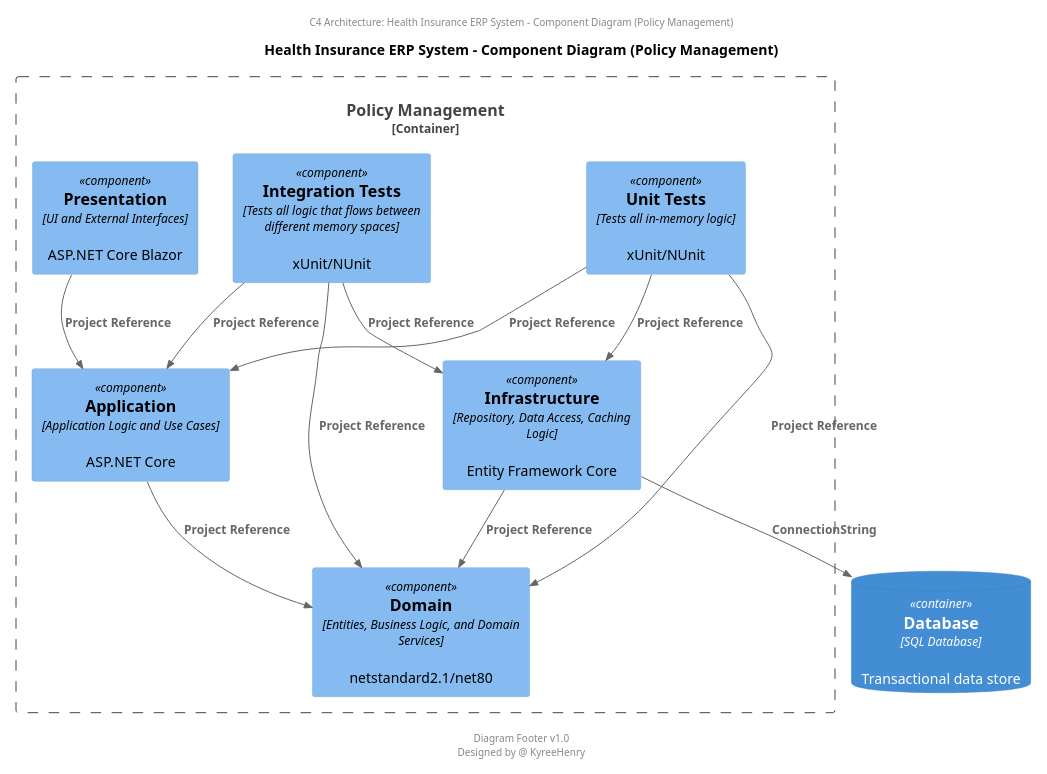
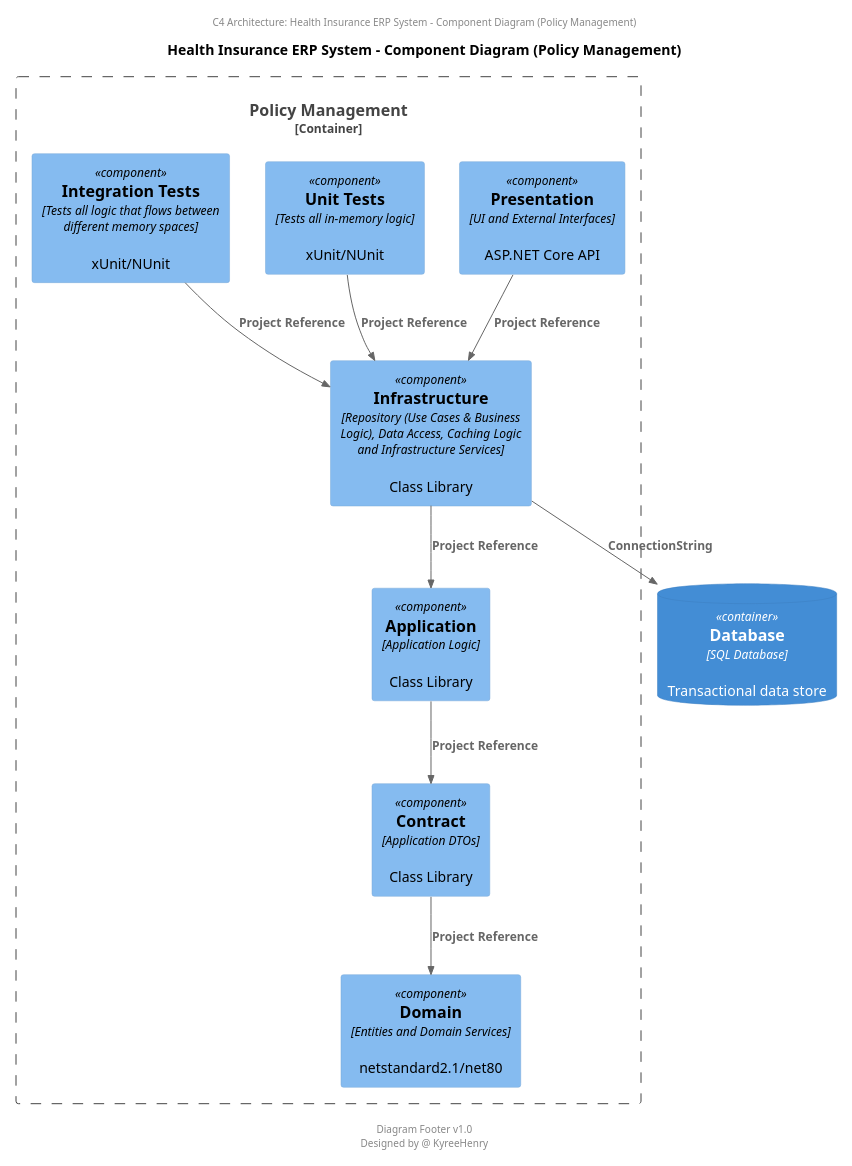
Before and after one commit to kyree-henry/HealthInsurePro: the diagram in arch/component-diagram.puml, drawn with PlantUML. The commit also changed 1 other file, not shown here.

Commit message:
Commit 005 * Added C4 Architecture Code Diagram * Modified C4 Architecture Component Diagram

```diff
--- a/arch/component-diagram.puml
+++ b/arch/component-diagram.puml
@@ -1,42 +1,40 @@
 @startuml HealthInsuranceERP - Component Diagram - Policy Management
 
 scale 2/3
 
 center header
     C4 Architecture: Health Insurance ERP System - Component Diagram (Policy Management)
 endheader
 
 title Health Insurance ERP System - Component Diagram (Policy Management)
 
 !includeurl https://raw.githubusercontent.com/RicardoNiepel/C4-PlantUML/master/C4_Component.puml
 
 ContainerDb(database, "Database", "SQL Database", "Transactional data store")
 
 Container_Boundary(policymanagement, "Policy Management") {
-    Component(domain, "Domain", "Entities, Business Logic, and Domain Services", "netstandard2.1/net80")
-    Component(infrastructure, "Infrastructure", "Repository, Data Access, Caching Logic", "Entity Framework Core")
-    Component(application, "Application", "Application Logic and Use Cases", "ASP.NET Core")
-    Component(presentation, "Presentation", "UI and External Interfaces", "ASP.NET Core Blazor")
+    Component(domain, "Domain", "Entities and Domain Services", "netstandard2.1/net80")
+    Component(contract, "Contract", "Application DTOs", "Class Library")
+    Component(infrastructure, "Infrastructure", "Repository (Use Cases & Business Logic), Data Access, Caching Logic and Infrastructure Services", "Class Library")
+    Component(application, "Application", "Application Logic", "Class Library")
+    Component(presentation, "Presentation", "UI and External Interfaces", "ASP.NET Core API")
 
     Component(unitTests, "Unit Tests", "Tests all in-memory logic", "xUnit/NUnit")
     Component(integrationTests, "Integration Tests", "Tests all logic that flows between different memory spaces", "xUnit/NUnit")
 }
 
-Rel(infrastructure, domain, "Project Reference")
-Rel(application, domain, "Project Reference")
-Rel(presentation, application, "Project Reference")
-Rel(unitTests, domain, "Project Reference")
+Rel(infrastructure, application, "Project Reference")
+Rel(application, contract, "Project Reference")
+Rel(contract, domain, "Project Reference")
+Rel(presentation, infrastructure, "Project Reference")
 Rel(unitTests, infrastructure, "Project Reference")
-Rel(unitTests, application, "Project Reference")
-Rel(integrationTests, domain, "Project Reference")
 Rel(integrationTests, infrastructure, "Project Reference")
-Rel(integrationTests, application, "Project Reference")
 
 Rel(infrastructure, database, "ConnectionString")
 
 center footer
 
     Diagram Footer v1.0
     Designed by @ KyreeHenry
 endfooter
 @enduml
```
